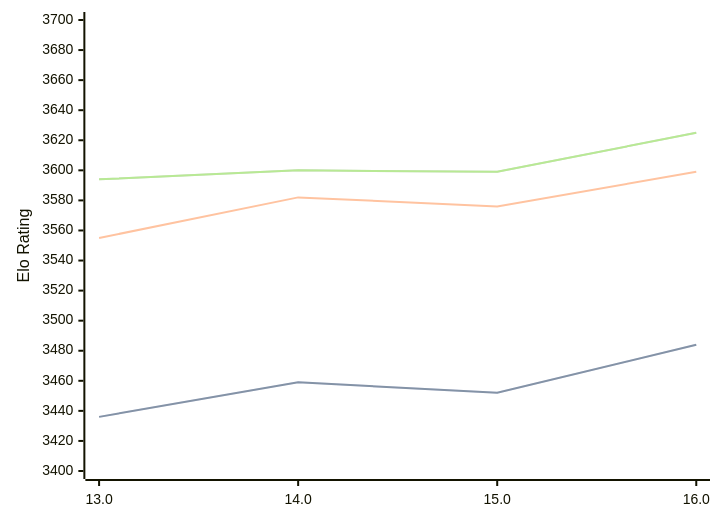
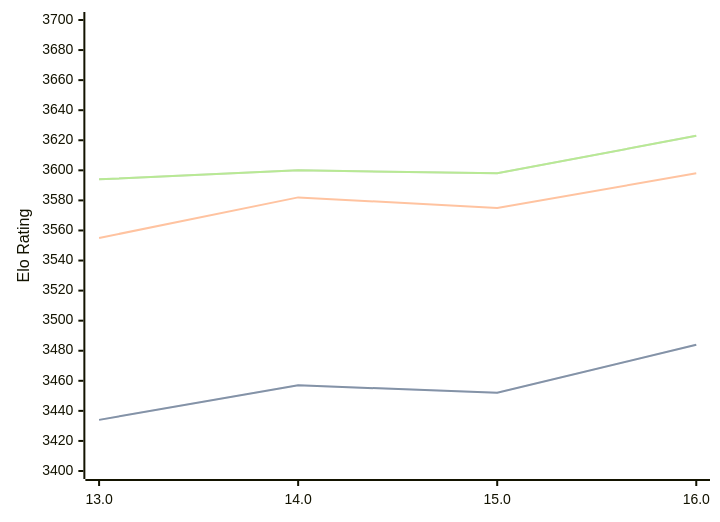
The diagram in engines/Obsidian.md (computer-chess-index/cci), drawn with Mermaid before and after one commit. The commit also changed other lines of this file, not shown here.

Commit message:
Update CCI Ratings (ELO VLTC) - 2026-03-01

````diff
--- a/engines/Obsidian.md
+++ b/engines/Obsidian.md
@@ -41,11 +41,11 @@
 ```mermaid
 %%{init: {"theme":"base","themeVariables":{"seriesColors:['#a3a3a3','#222221','#faa371']}}}%%
 xychart-beta
   x-axis ["13.0", "14.0", "15.0", "16.0"]
   y-axis "Elo Rating" 3400 --> 3700
-  line "STC (8.0+0.08s)" [3436, 3459, 3452, 3484]
-  line "STC (8.0+0.08s)" [3436, 3459, 3452, 3484]
-  line "LTC (60.0+0.60s)" [3555, 3582, 3576, 3599]
-  line "VLTC (2m24s+1.12s)" [3594, 3600, 3599, 3625]
-  line "VLTC (2m24s+1.12s)" [3594, 3600, 3599, 3625]
+  line "STC (8.0+0.08s)" [3434, 3457, 3452, 3484]
+  line "STC (8.0+0.08s)" [3434, 3457, 3452, 3484]
+  line "LTC (60.0+0.60s)" [3555, 3582, 3575, 3598]
+  line "VLTC (2m24s+1.12s)" [3594, 3600, 3598, 3623]
+  line "VLTC (2m24s+1.12s)" [3594, 3600, 3598, 3623]
 ```
````
